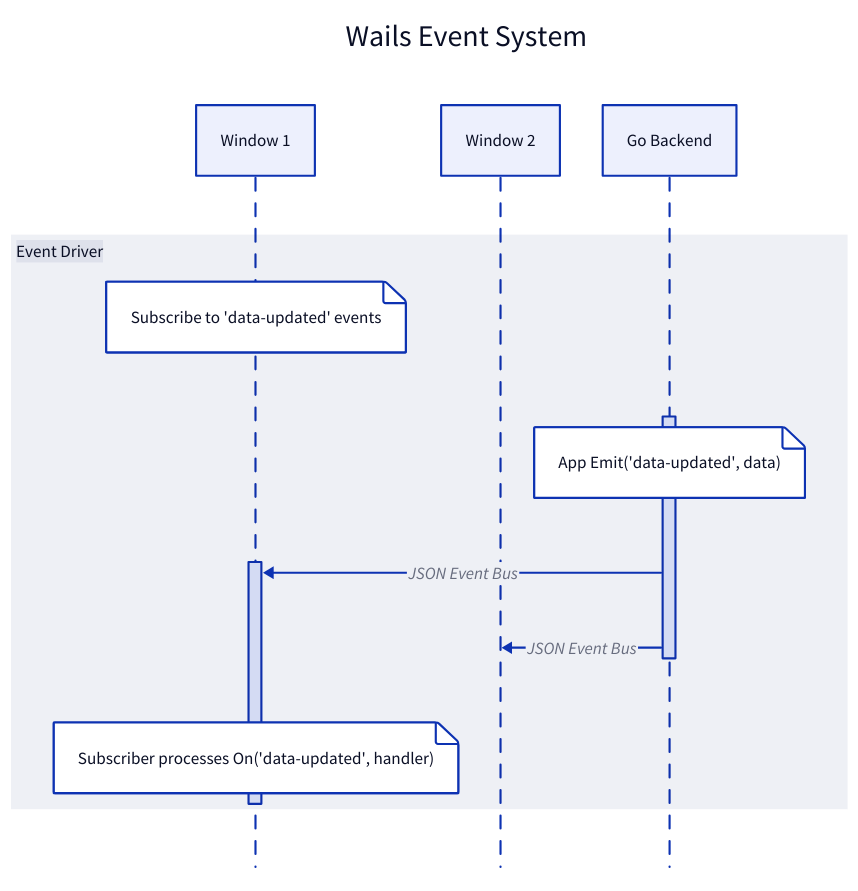
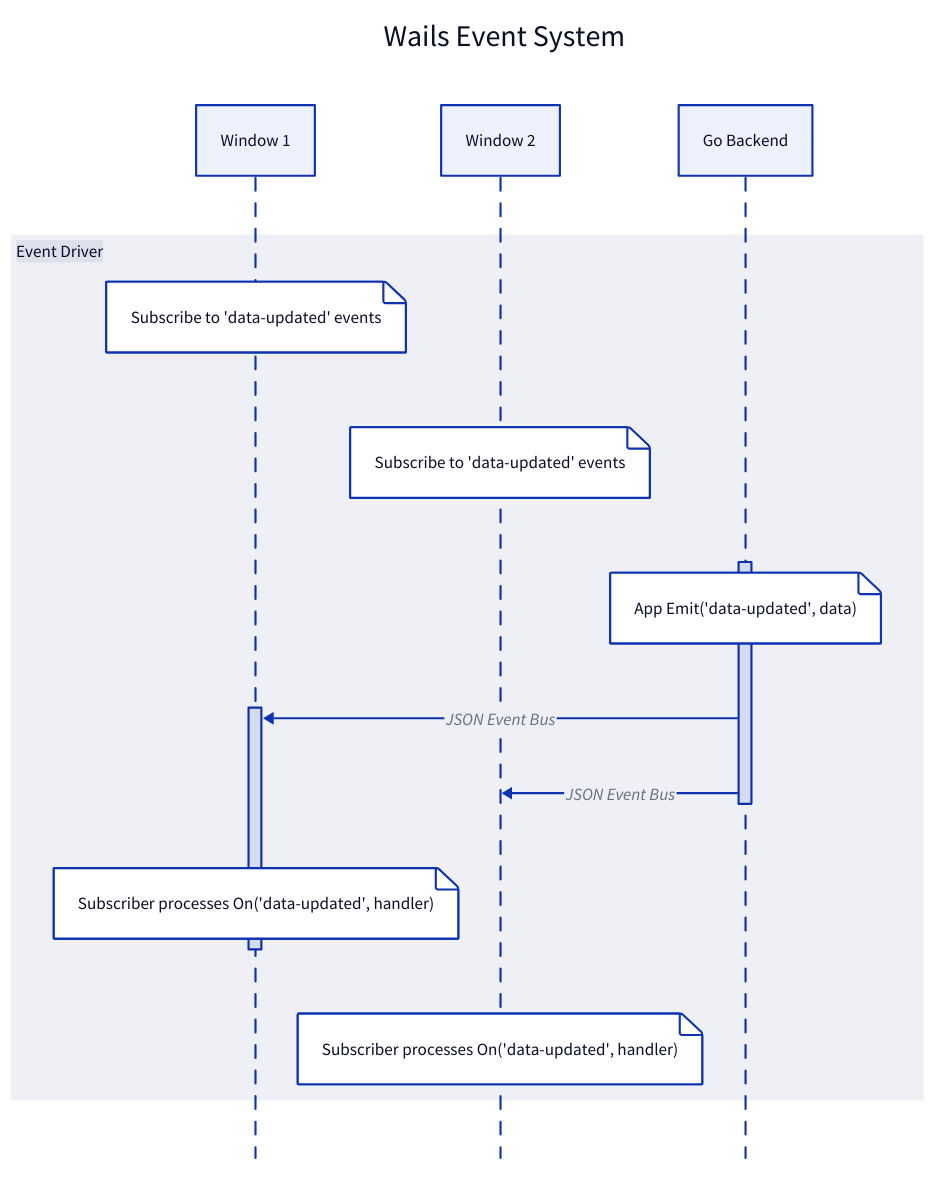
The third of 8 diagrams in .claude/skills/wails-overview/references/architecture.md (FxRayHughes/foundation), drawn with D2 before and after one commit. The commit also changed other lines of this file and 556 other files, not shown here.

````diff
--- a/.claude/skills/wails-overview/references/architecture.md
+++ b/.claude/skills/wails-overview/references/architecture.md
@@ -199,20 +203,22 @@
 ```d2
 direction: left
 
 Wails Event System: {
   shape: sequence_diagram
 
   window1: Window 1
   window2: Window 2
   backend: Go Backend
 
   Event Driver: {
     shape: sequence_diagram
     window1."Subscribe to 'data-updated' events"
+    window2."Subscribe to 'data-updated' events"
     backend.a."App Emit('data-updated', data)"
     backend.a -> window1.a:"JSON Event Bus"
     backend.a -> window2:"JSON Event Bus"
     window1.a."Subscriber processes On('data-updated', handler)"
+    window2."Subscriber processes On('data-updated', handler)"
   }
 }
 ```
````
